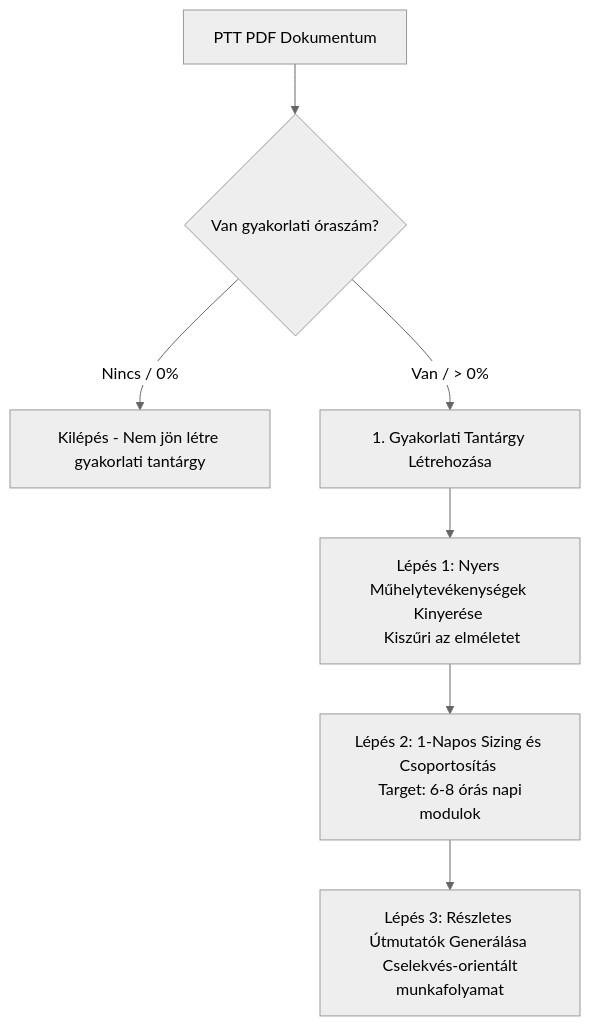
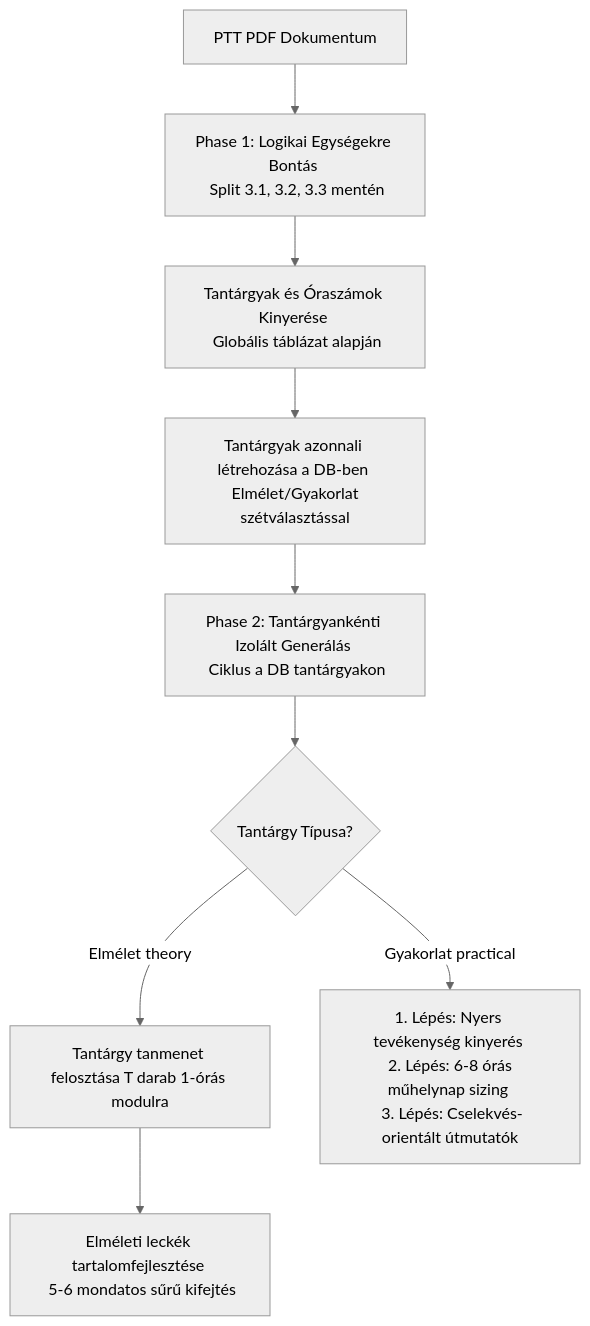
One commit to AutoKobot/weboldal changed the diagram in docs/developer/practical-extraction-logic.md. Above: the diagram before and after it, drawn with Mermaid (neutral theme). The commit also changed other lines of this file and 2 other files, not shown here.

````diff
--- a/docs/developer/practical-extraction-logic.md
+++ b/docs/developer/practical-extraction-logic.md
@@ -21,10 +11,14 @@
 ```mermaid
 graph TD
-    A[PTT PDF Dokumentum] --> B{Van gyakorlati óraszám?}
-    B -- Nincs / 0% --> C[Kilépés - Nem jön létre gyakorlati tantárgy]
-    B -- Van / > 0% --> D[1. Gyakorlati Tantárgy Létrehozása]
+    A[PTT PDF Dokumentum] --> B[Phase 1: Logikai Egységekre Bontás <br> Split 3.1, 3.2, 3.3 mentén]
+    B --> C[Tantárgyak és Óraszámok Kinyerése <br> Globális táblázat alapján]
+    C --> D[Tantárgyak azonnali létrehozása a DB-ben <br> Elmélet/Gyakorlat szétválasztással]
     
-    D --> E[Lépés 1: Nyers Műhelytevékenységek Kinyerése <br> Kiszűri az elméletet]
-    E --> F[Lépés 2: 1-Napos Sizing és Csoportosítás <br> Target: 6-8 órás napi modulok]
-    F --> G[Lépés 3: Részletes Útmutatók Generálása <br> Cselekvés-orientált munkafolyamat]
+    D --> E[Phase 2: Tantárgyankénti Izolált Generálás <br> Ciklus a DB tantárgyakon]
+    E --> F{Tantárgy Típusa?}
+    
+    F -- Elmélet theory --> G[Tantárgy tanmenet felosztása T darab 1-órás modulra]
+    G --> H[Elméleti leckék tartalomfejlesztése <br> 5-6 mondatos sűrű kifejtés]
+    
+    F -- Gyakorlat practical --> I[1. Lépés: Nyers tevékenység kinyerés <br> 2. Lépés: 6-8 órás műhelynap sizing <br> 3. Lépés: Cselekvés-orientált útmutatók]
 ```
````
